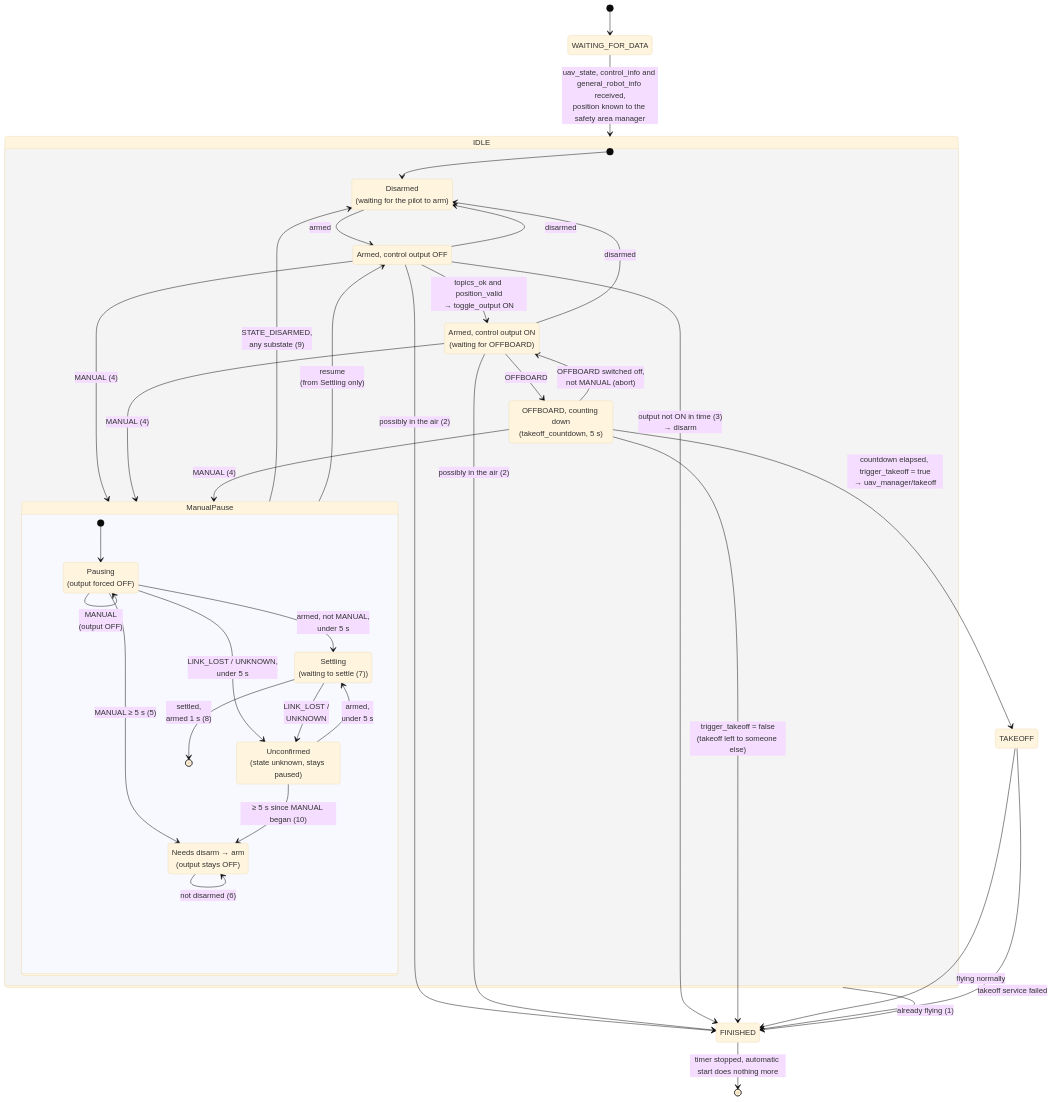
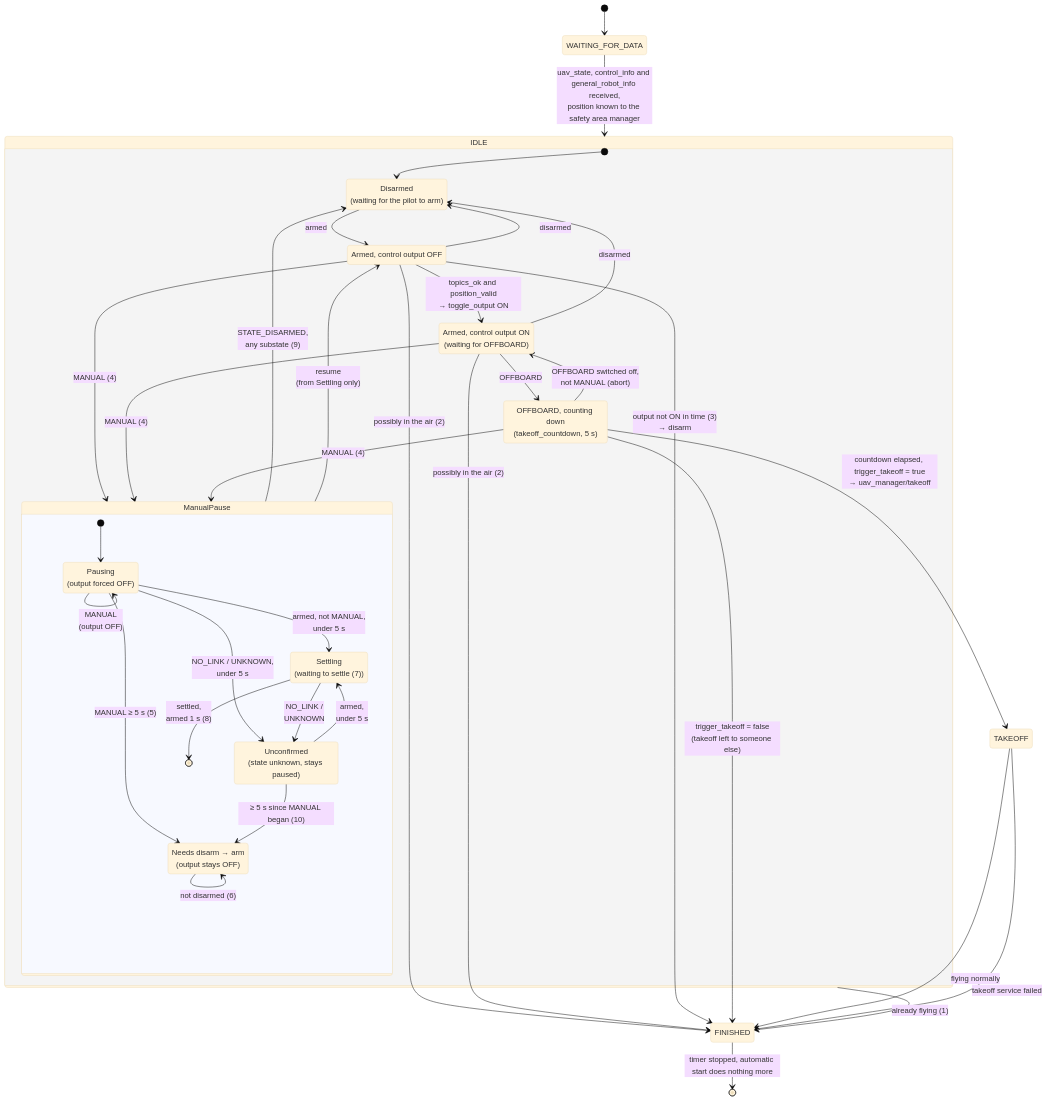
The diagram in README.md (ctu-mrs/mrs_uav_autostart), drawn with Mermaid (base theme) before and after one commit. The commit also changed other lines of this file and 3 other files, not shown here.

````diff
--- a/README.md
+++ b/README.md
@@ -9,58 +9,58 @@
 ```mermaid
 stateDiagram-v2
   direction TB
 
   [*] --> WAITING_FOR_DATA
   WAITING_FOR_DATA --> IDLE: uav_state, control_info and general_robot_info received,<br/>position known to the safety area manager
 
   state IDLE {
     [*] --> Disarmed
     Disarmed --> ArmedOutputOff: armed
     ArmedOutputOff --> ArmedOutputOn: topics_ok and position_valid<br/>→ toggle_output ON
     ArmedOutputOn --> Countdown: OFFBOARD
     Countdown --> ArmedOutputOn: OFFBOARD switched off,<br/>not MANUAL (abort)
     ArmedOutputOff --> Disarmed: disarmed
     ArmedOutputOn --> Disarmed: disarmed
 
     Disarmed: Disarmed<br/>(waiting for the pilot to arm)
     ArmedOutputOff: Armed, control output OFF
     ArmedOutputOn: Armed, control output ON<br/>(waiting for OFFBOARD)
     Countdown: OFFBOARD, counting down<br/>(takeoff_countdown, 5 s)
 
     ArmedOutputOff --> ManualPause: MANUAL (4)
     ArmedOutputOn --> ManualPause: MANUAL (4)
     Countdown --> ManualPause: MANUAL (4)
 
     state ManualPause {
       [*] --> Pausing
       Pausing --> Pausing: MANUAL<br/>(output OFF)
       Pausing --> NeedsRearm: MANUAL ≥ 5 s (5)
       NeedsRearm --> NeedsRearm: not disarmed (6)
       Pausing --> Settling: armed, not MANUAL,<br/>under 5 s
-      Pausing --> Unconfirmed: LINK_LOST / UNKNOWN,<br/>under 5 s
-      Settling --> Unconfirmed: LINK_LOST /<br/>UNKNOWN
+      Pausing --> Unconfirmed: NO_LINK / UNKNOWN,<br/>under 5 s
+      Settling --> Unconfirmed: NO_LINK /<br/>UNKNOWN
       Unconfirmed --> Settling: armed,<br/>under 5 s
       Unconfirmed --> NeedsRearm: ≥ 5 s since MANUAL began (10)
       Settling --> [*]: settled,<br/>armed 1 s (8)
 
       Pausing: Pausing<br/>(output forced OFF)
       NeedsRearm: Needs disarm → arm<br/>(output stays OFF)
       Settling: Settling<br/>(waiting to settle (7))
       Unconfirmed: Unconfirmed<br/>(state unknown, stays paused)
     }
 
     ManualPause --> Disarmed: STATE_DISARMED,<br/>any substate (9)
     ManualPause --> ArmedOutputOff: resume<br/>(from Settling only)
   }
 
   IDLE --> FINISHED: already flying (1)
   ArmedOutputOff --> FINISHED: possibly in the air (2)
   ArmedOutputOn --> FINISHED: possibly in the air (2)
   ArmedOutputOff --> FINISHED: output not ON in time (3)<br/>→ disarm
   Countdown --> TAKEOFF: countdown elapsed, trigger_takeoff = true<br/>→ uav_manager/takeoff
   Countdown --> FINISHED: trigger_takeoff = false<br/>(takeoff left to someone else)
   TAKEOFF --> FINISHED: flying normally
   TAKEOFF --> FINISHED: takeoff service failed
 
   FINISHED --> [*]: timer stopped, automatic start does nothing more
 ```
````
